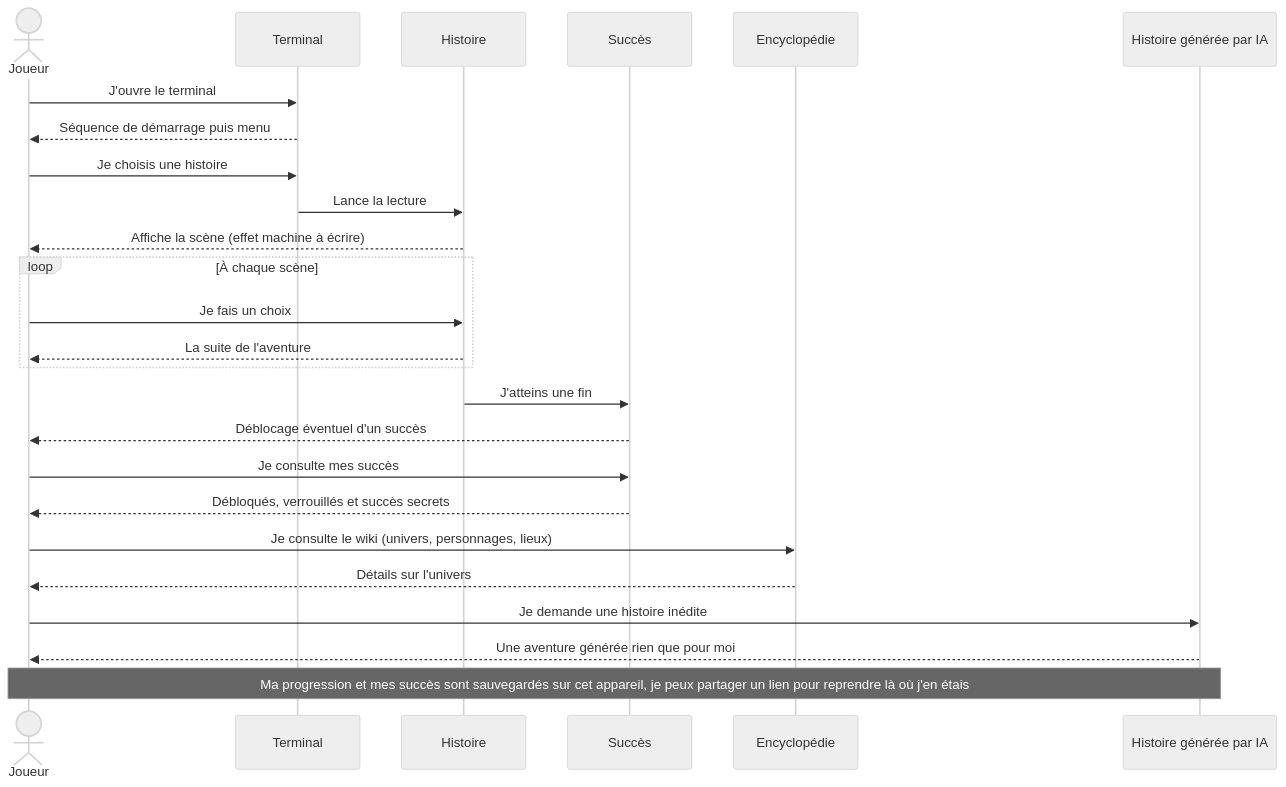
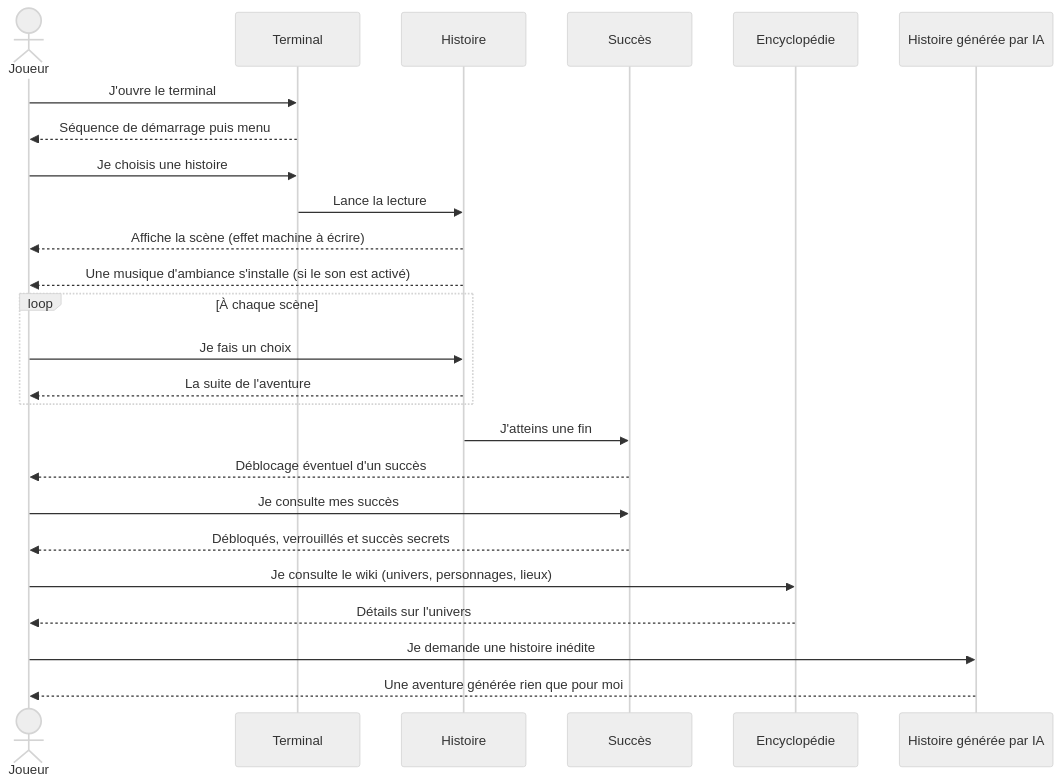
Before and after one commit to FlorianLeChat/Terminal-Stories: the first of 2 diagrams in README.md, drawn with Mermaid (neutral theme). The commit also changed other lines of this file and 19 other files, not shown here.

````diff
--- a/README.md
+++ b/README.md
@@ -32,35 +32,34 @@
 ```mermaid
 sequenceDiagram
     actor Joueur
     participant Terminal
     participant Histoire
     participant Succès
     participant Encyclopédie
     participant IA as Histoire générée par IA
 
     Joueur->>Terminal: J'ouvre le terminal
     Terminal-->>Joueur: Séquence de démarrage puis menu
 
     Joueur->>Terminal: Je choisis une histoire
     Terminal->>Histoire: Lance la lecture
     Histoire-->>Joueur: Affiche la scène (effet machine à écrire)
+    Histoire-->>Joueur: Une musique d'ambiance s'installe (si le son est activé)
 
     loop À chaque scène
         Joueur->>Histoire: Je fais un choix
         Histoire-->>Joueur: La suite de l'aventure
     end
 
     Histoire->>Succès: J'atteins une fin
     Succès-->>Joueur: Déblocage éventuel d'un succès
 
     Joueur->>Succès: Je consulte mes succès
     Succès-->>Joueur: Débloqués, verrouillés et succès secrets
 
     Joueur->>Encyclopédie: Je consulte le wiki (univers, personnages, lieux)
     Encyclopédie-->>Joueur: Détails sur l'univers
 
     Joueur->>IA: Je demande une histoire inédite
     IA-->>Joueur: Une aventure générée rien que pour moi
-
-    Note over Joueur,IA: Ma progression et mes succès sont sauvegardés sur cet appareil, je peux partager un lien pour reprendre là où j'en étais
 ```
````
